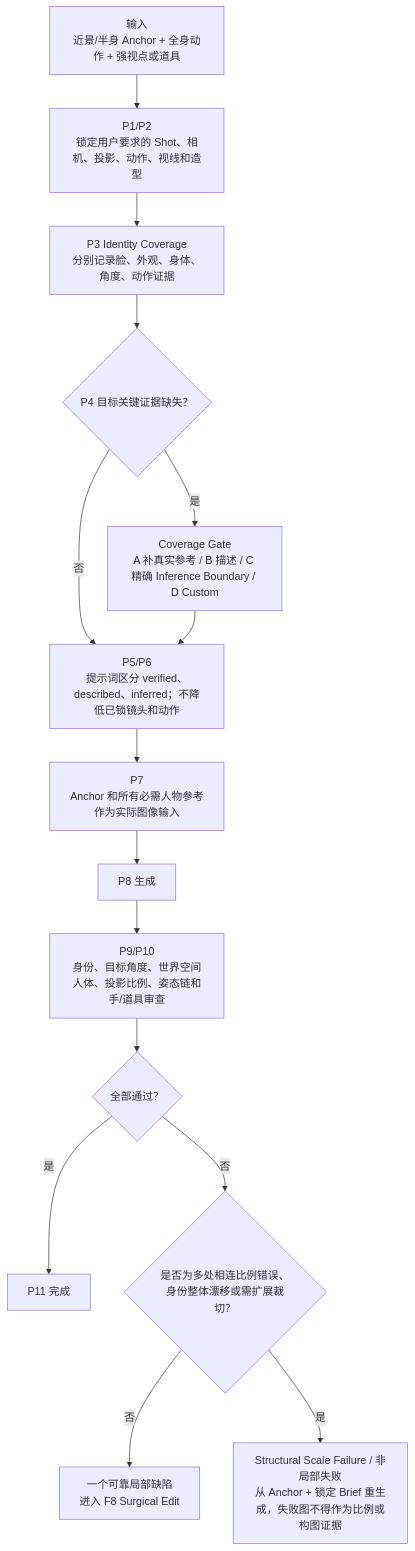
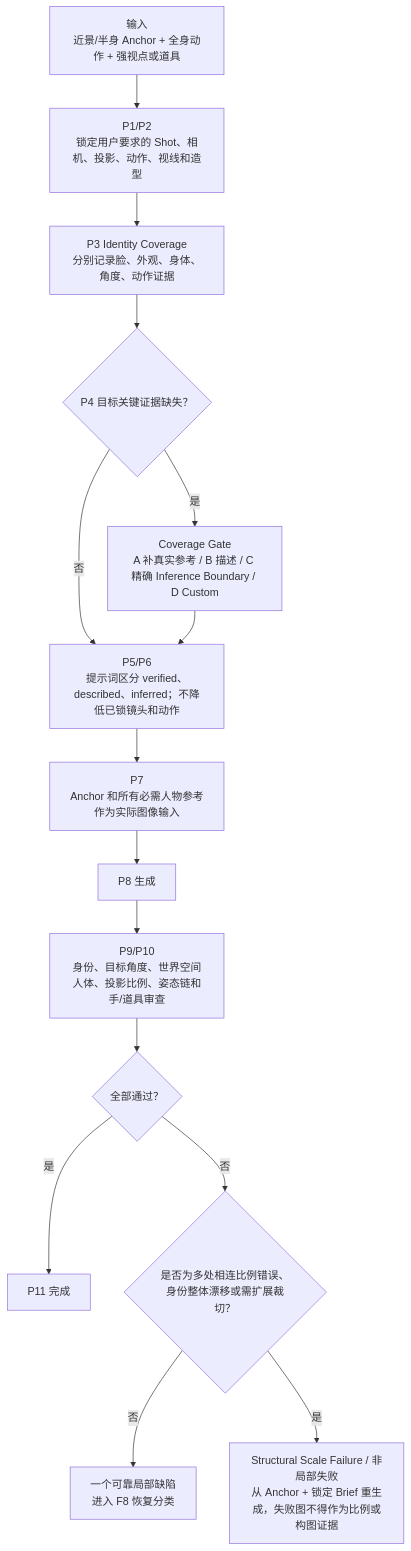
The eighth of 13 diagrams in docs/architecture.md (cyaoc/cast-me), drawn with Mermaid before and after one commit. The commit also changed other lines of this file and 2 other files, not shown here.

````diff
--- a/docs/architecture.md
+++ b/docs/architecture.md
@@ -337,17 +337,17 @@
 ```mermaid
 flowchart TD
     U["输入<br/>近景/半身 Anchor + 全身动作 + 强视点或道具"] --> LOCKS["P1/P2<br/>锁定用户要求的 Shot、相机、投影、动作、视线和造型"]
     LOCKS --> C["P3 Identity Coverage<br/>分别记录脸、外观、身体、角度、动作证据"]
     C --> GAP{"P4 目标关键证据缺失？"}
     GAP -- 是 --> G["Coverage Gate<br/>A 补真实参考 / B 描述 / C 精确 Inference Boundary / D Custom"]
     GAP -- 否 --> P
     G --> P["P5/P6<br/>提示词区分 verified、described、inferred；不降低已锁镜头和动作"]
     P --> I["P7<br/>Anchor 和所有必需人物参考作为实际图像输入"]
     I --> GEN["P8 生成"]
     GEN --> R["P9/P10<br/>身份、目标角度、世界空间人体、投影比例、姿态链和手/道具审查"]
     R --> PASS{"全部通过？"}
     PASS -- 是 --> O["P11 完成"]
     PASS -- 否 --> FAIL{"是否为多处相连比例错误、身份整体漂移或需扩展裁切？"}
-    FAIL -- 否 --> LOCAL["一个可靠局部缺陷<br/>进入 F8 Surgical Edit"]
+    FAIL -- 否 --> LOCAL["一个可靠局部缺陷<br/>进入 F8 恢复分类"]
     FAIL -- 是 --> REGEN["Structural Scale Failure / 非局部失败<br/>从 Anchor + 锁定 Brief 重生成，失败图不得作为比例或构图证据"]
 ```
````
